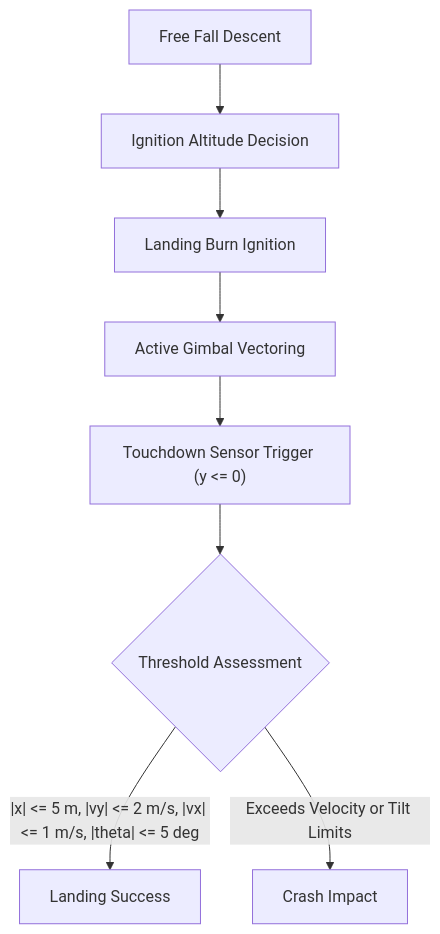
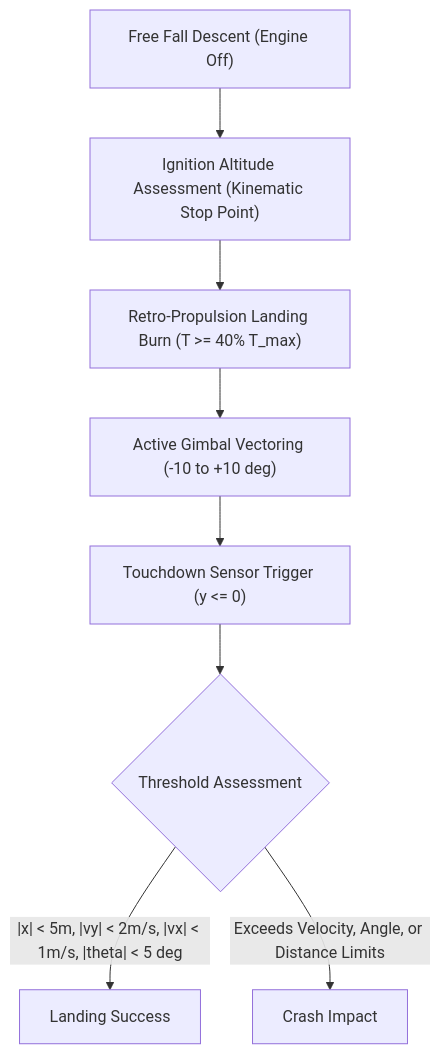
The second of 3 diagrams in README.md (AdityaSurse/hoverslam), drawn with Mermaid before and after one commit. The commit also changed other lines of this file, not shown here.

````diff
--- a/README.md
+++ b/README.md
@@ -45,10 +90,10 @@
 ```mermaid
 flowchart TD
-    A["Free Fall Descent"] --> B["Ignition Altitude Decision"]
-    B --> C["Landing Burn Ignition"]
-    C --> D["Active Gimbal Vectoring"]
+    A["Free Fall Descent (Engine Off)"] --> B["Ignition Altitude Assessment (Kinematic Stop Point)"]
+    B --> C["Retro-Propulsion Landing Burn (T >= 40% T_max)"]
+    C --> D["Active Gimbal Vectoring (-10 to +10 deg)"]
     D --> E["Touchdown Sensor Trigger (y <= 0)"]
     E --> F{"Threshold Assessment"}
-    F -->|"|x| <= 5 m, |vy| <= 2 m/s, |vx| <= 1 m/s, |theta| <= 5 deg"| G["Landing Success"]
-    F -->|"Exceeds Velocity or Tilt Limits"| H["Crash Impact"]
+    F -->|"|x| < 5m, |vy| < 2m/s, |vx| < 1m/s, |theta| < 5 deg"| G["Landing Success"]
+    F -->|"Exceeds Velocity, Angle, or Distance Limits"| H["Crash Impact"]
 ```
````
